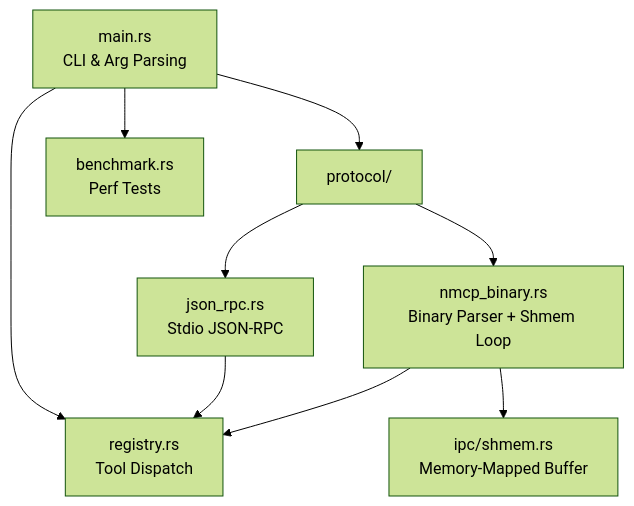
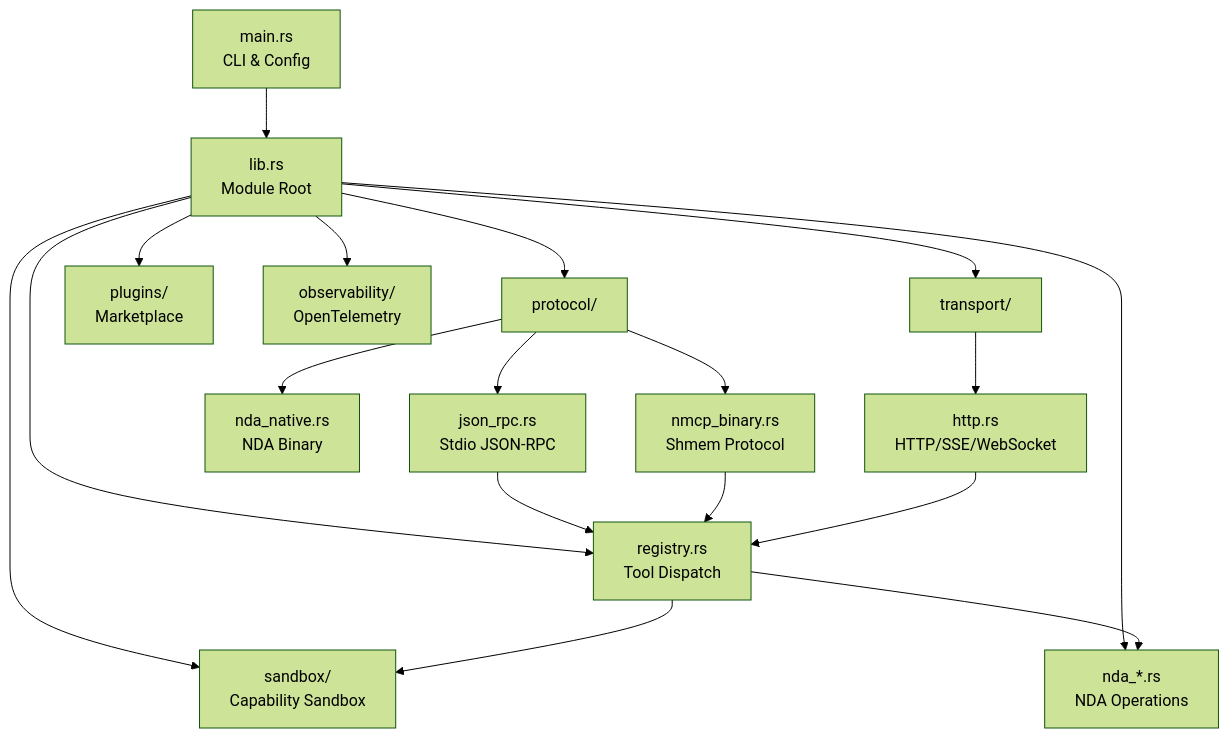
One commit to UnitBuilds-CC/V.E.L.O.C.I.T.Y.-MCP changed the first of 2 diagrams in .qoder/repowiki/en/content/Getting Started.md. Above: the diagram before and after it, drawn with Mermaid (forest theme). The commit also changed other lines of this file and 17 other files, not shown here.

````diff
--- a/.qoder/repowiki/en/content/Getting Started.md
+++ b/.qoder/repowiki/en/content/Getting Started.md
@@ -50,11 +92,20 @@
 ```mermaid
 graph TB
-    MAIN["main.rs<br/>CLI & Arg Parsing"] --> PROTO["protocol/"]
-    MAIN --> REG["registry.rs<br/>Tool Dispatch"]
-    MAIN --> BENCH["benchmark.rs<br/>Perf Tests"]
+    MAIN["main.rs<br/>CLI & Config"] --> LIB["lib.rs<br/>Module Root"]
+    LIB --> PROTO["protocol/"]
+    LIB --> TRANSPORT["transport/"]
+    LIB --> REG["registry.rs<br/>Tool Dispatch"]
+    LIB --> SANDBOX["sandbox/<br/>Capability Sandbox"]
+    LIB --> NDA["nda_*.rs<br/>NDA Operations"]
+    LIB --> PLUGINS["plugins/<br/>Marketplace"]
+    LIB --> OBS["observability/<br/>OpenTelemetry"]
     PROTO --> JSONRPC["json_rpc.rs<br/>Stdio JSON-RPC"]
-    PROTO --> NMCP["nmcp_binary.rs<br/>Binary Parser + Shmem Loop"]
-    NMCP --> IPC["ipc/shmem.rs<br/>Memory-Mapped Buffer"]
+    PROTO --> NMCP["nmcp_binary.rs<br/>Shmem Protocol"]
+    PROTO --> NDANATIVE["nda_native.rs<br/>NDA Binary"]
+    TRANSPORT --> HTTP["http.rs<br/>HTTP/SSE/WebSocket"]
     JSONRPC --> REG
     NMCP --> REG
+    HTTP --> REG
+    REG --> SANDBOX
+    REG --> NDA
 ```
````
